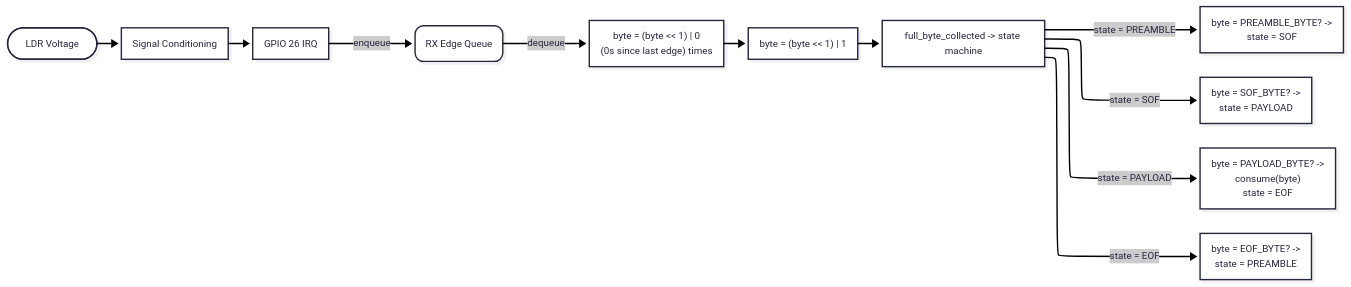
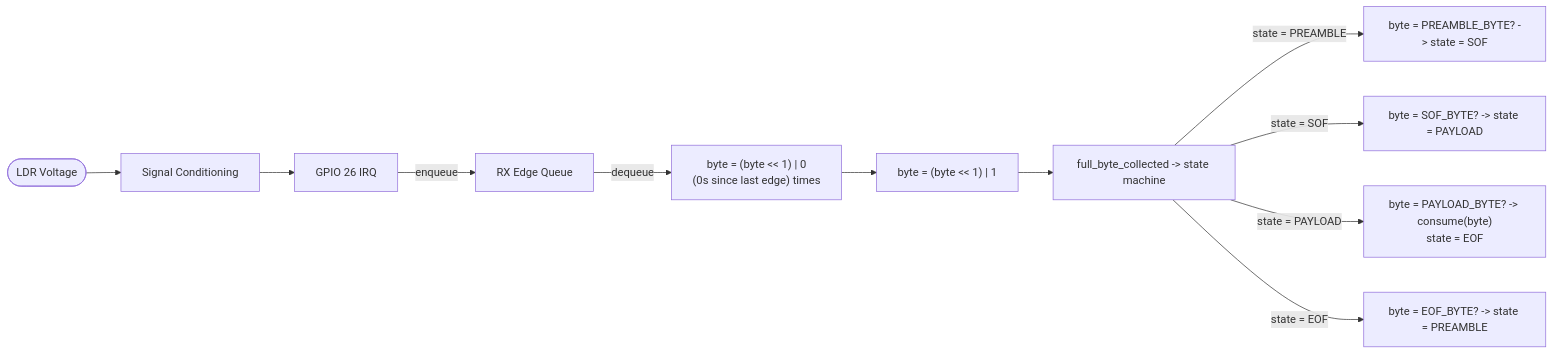
The second of 2 diagrams in README.md (Yaremadzulynsky/laser_communication), drawn with Mermaid before and after one commit. The commit also changed other lines of this file, not shown here.

````diff
--- a/README.md
+++ b/README.md
@@ -77,23 +107,13 @@
 ```mermaid
----
-config:
-  look: neo
-  layout: elk
-  theme: redux
----
 flowchart LR
     n1(["LDR Voltage"]) --> n2["Signal Conditioning"]
     n2 --> n4["GPIO 26 IRQ"]
     n4 -- enqueue --> n3["RX Edge Queue"]
-    n3 -- dequeue --> n5["byte = (byte &lt;&lt; 1) | 0<br>(0s since last edge) times"]
-    n5 --> n6["byte = (byte &lt;&lt; 1) | 1"]
-    n6 --> n7["full_byte_collected -&gt; state machine"]
-    n7 -- "state = PREAMBLE" --> n8["byte = PREAMBLE_BYTE? -&gt;<br>state = SOF"]
-    n7 -- "state = SOF" --> n9@{ label: "byte = SOF_BYTE? -&gt;<br style=\"--tw-scale-x:\">state = PAYLOAD" }
-    n7 -- "state = PAYLOAD" --> n10["byte = PAYLOAD_BYTE? -&gt;<br>consume(byte)<br>state = EOF"]
-    n7 -- "state = EOF" --> n11["byte = EOF_BYTE? -&gt;<br>state = PREAMBLE"]
-    n3@{ shape: rounded}
-    n9@{ shape: rect}
-
-
+    n3 -- dequeue --> n5["byte = (byte << 1) | 0<br>(0s since last edge) times"]
+    n5 --> n6["byte = (byte << 1) | 1"]
+    n6 --> n7["full_byte_collected -> state machine"]
+    n7 -- "state = PREAMBLE" --> n8["byte = PREAMBLE_BYTE? -> state = SOF"]
+    n7 -- "state = SOF" --> n9["byte = SOF_BYTE? -> state = PAYLOAD"]
+    n7 -- "state = PAYLOAD" --> n10["byte = PAYLOAD_BYTE? -> consume(byte)<br>state = EOF"]
+    n7 -- "state = EOF" --> n11["byte = EOF_BYTE? -> state = PREAMBLE"]
 ```
````
